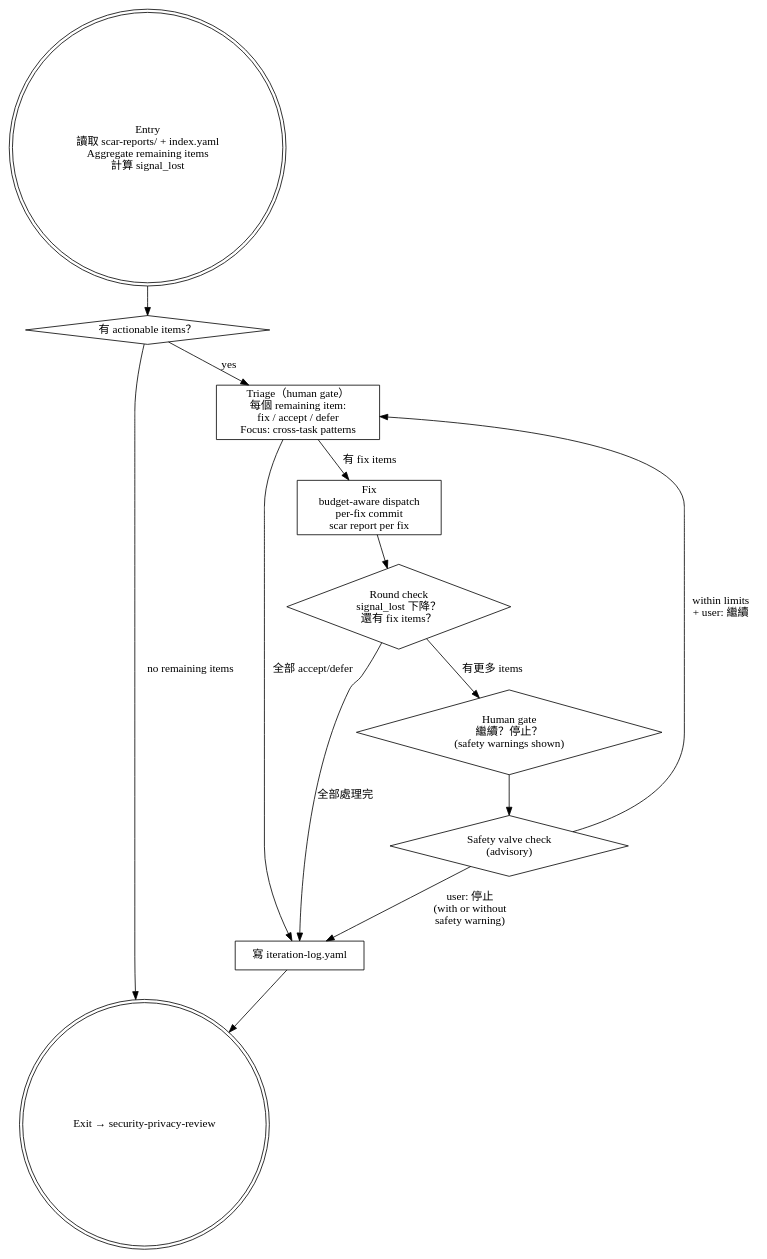
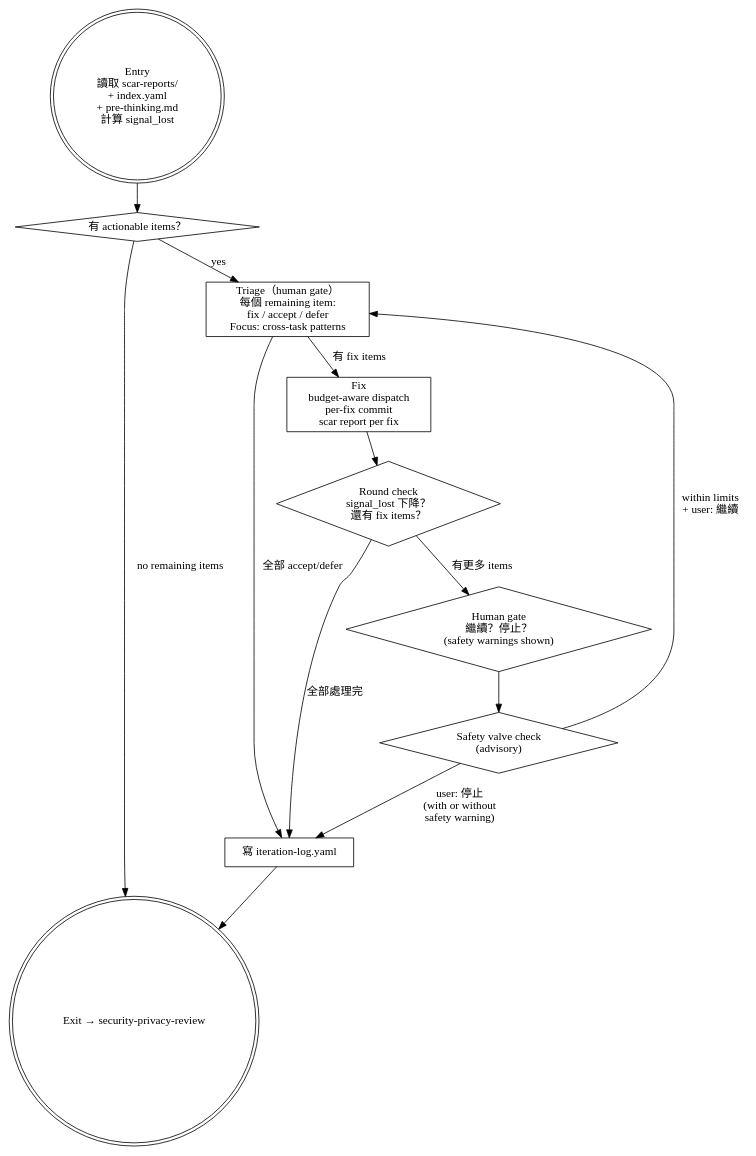
Before and after one commit to roymondliao/samsara: the diagram in skills/iteration/SKILL.md, drawn with Graphviz. The commit also changed other lines of this file and 20 other files, not shown here.

Commit message:
feat(samsara): enhance pre-thinking evaluation contract

````diff
--- a/skills/iteration/SKILL.md
+++ b/skills/iteration/SKILL.md
@@ -20,28 +21,28 @@
 ```dot
 digraph iteration {
     node [shape=box];
 
-    entry [label="Entry\n讀取 scar-reports/ + index.yaml\nAggregate remaining items\n計算 signal_lost" shape=doublecircle];
+    entry [label="Entry\n讀取 scar-reports/\n+ index.yaml\n+ pre-thinking.md\n計算 signal_lost" shape=doublecircle];
     empty [label="有 actionable items？" shape=diamond];
     triage [label="Triage（human gate）\n每個 remaining item:\nfix / accept / defer\nFocus: cross-task patterns"];
     fix [label="Fix\nbudget-aware dispatch\nper-fix commit\nscar report per fix"];
     round_check [label="Round check\nsignal_lost 下降？\n還有 fix items？" shape=diamond];
     safety [label="Safety valve check\n(advisory)" shape=diamond];
     gate [label="Human gate\n繼續？停止？\n(safety warnings shown)" shape=diamond];
     log [label="寫 iteration-log.yaml"];
     exit [label="Exit → security-privacy-review" shape=doublecircle];
 
     entry -> empty;
     empty -> triage [label="yes"];
     empty -> exit [label="no remaining items"];
     triage -> fix [label="有 fix items"];
     triage -> log [label="全部 accept/defer"];
     fix -> round_check;
     round_check -> gate [label="有更多 items"];
     round_check -> log [label="全部處理完"];
     gate -> safety;
     safety -> triage [label="within limits\n+ user: 繼續"];
     safety -> log [label="user: 停止\n(with or without\nsafety warning)"];
     log -> exit;
 }
 ```
````
